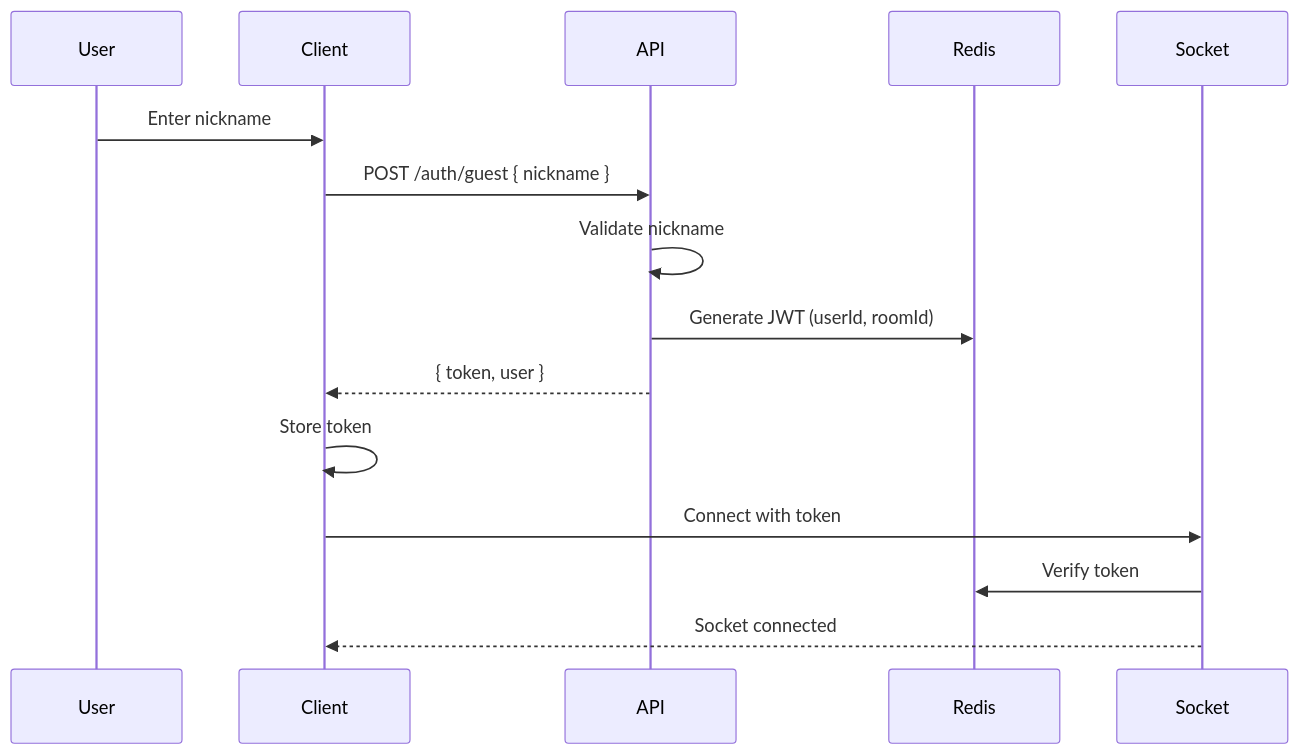
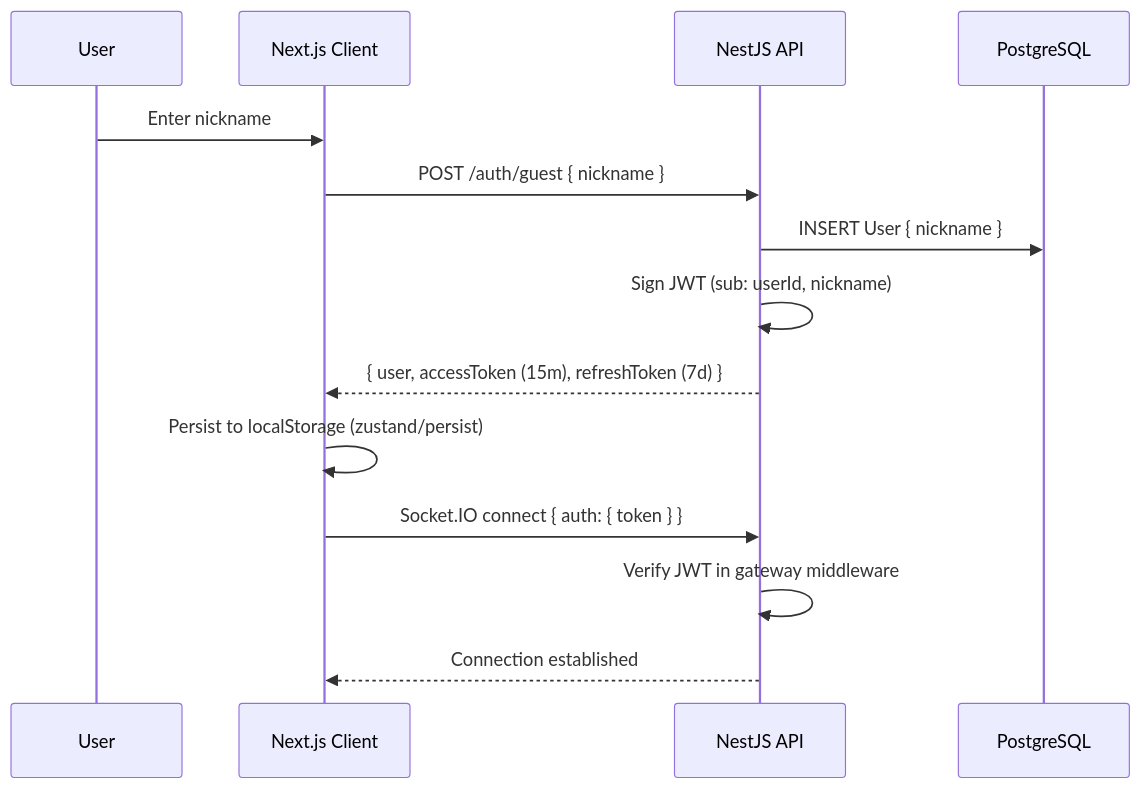
The tenth of 11 diagrams in docs/technical-design/sweet-spicy-game/tdd.md (longuit2002-blip/spicy-sweet-game), drawn with Mermaid before and after one commit. The commit also changed other lines of this file and 165 other files, not shown here.

````diff
--- a/docs/technical-design/sweet-spicy-game/tdd.md
+++ b/docs/technical-design/sweet-spicy-game/tdd.md
@@ -1115,20 +782,18 @@
 ```mermaid
 sequenceDiagram
     participant User
-    participant Client
-    participant API
-    participant Redis
-    
+    participant Client as Next.js Client
+    participant API as NestJS API
+    participant DB as PostgreSQL
+
     User->>Client: Enter nickname
     Client->>API: POST /auth/guest { nickname }
-    
-    API->>API: Validate nickname
-    API->>Redis: Generate JWT (userId, roomId)
-    API-->>Client: { token, user }
-    
-    Client->>Client: Store token
-    
-    Client->>Socket: Connect with token
-    Socket->>Redis: Verify token
-    Socket-->>Client: Socket connected
+    API->>DB: INSERT User { nickname }
+    API->>API: Sign JWT (sub: userId, nickname)
+    API-->>Client: { user, accessToken (15m), refreshToken (7d) }
+    Client->>Client: Persist to localStorage (zustand/persist)
+
+    Client->>API: Socket.IO connect { auth: { token } }
+    API->>API: Verify JWT in gateway middleware
+    API-->>Client: Connection established
 ```
````
